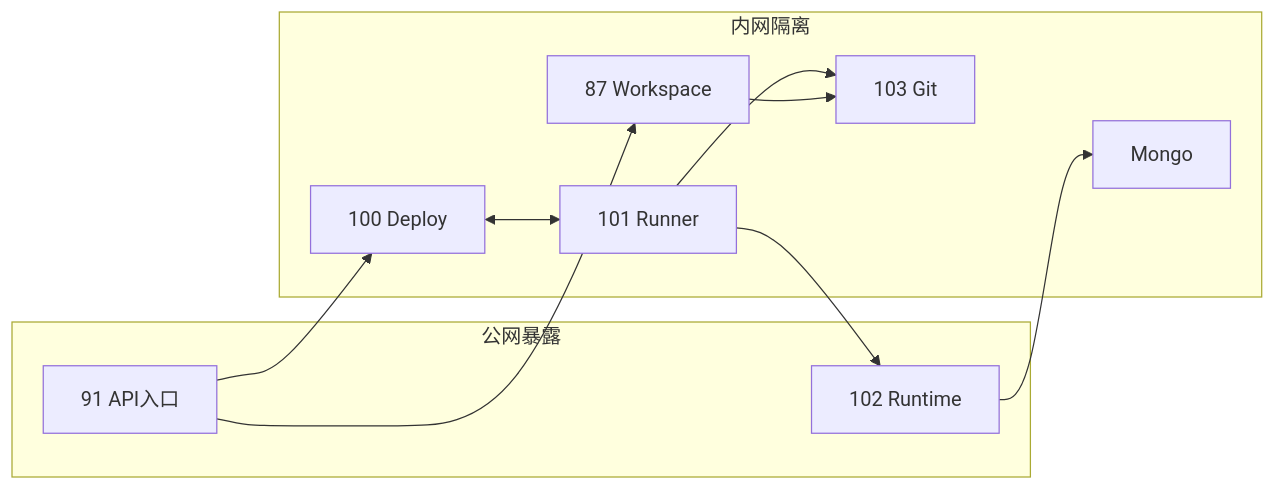
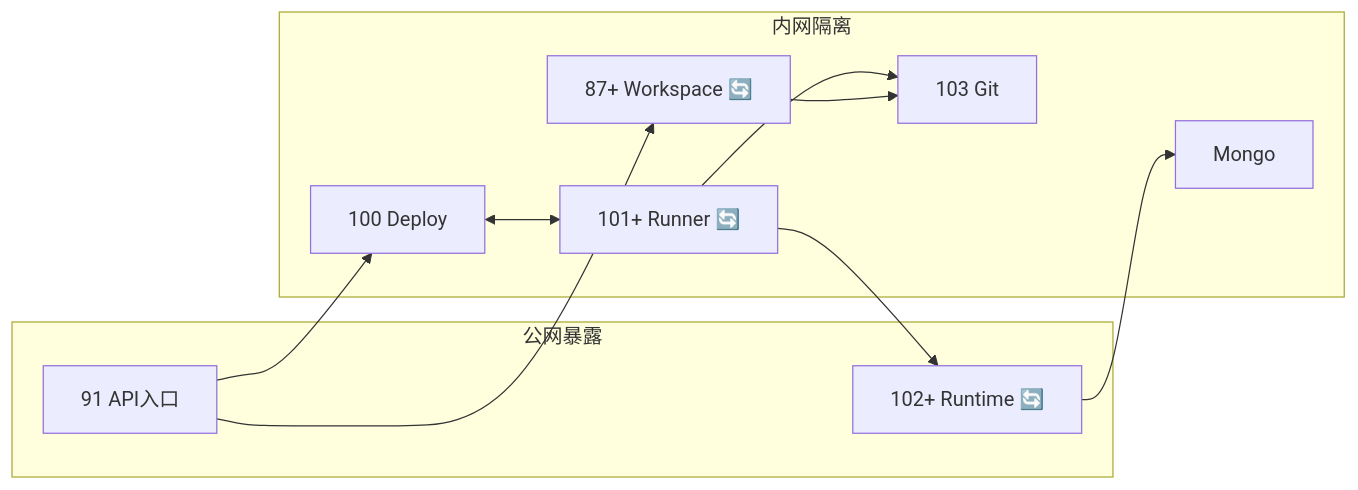
The fourth of 4 diagrams in src/main/resources/doc/domains/architecture/README.md (ruiAndroid/fun-ai-studio-api), drawn with Mermaid before and after one commit. The commit also changed other lines of this file and 6 other files, not shown here.

````diff
--- a/src/main/resources/doc/domains/architecture/README.md
+++ b/src/main/resources/doc/domains/architecture/README.md
@@ -206,23 +208,23 @@
 ```mermaid
 flowchart LR
     subgraph Public["公网暴露"]
         P91["91 API入口"]
-        P102["102 Runtime"]
+        P102["102+ Runtime 🔄"]
     end
 
     subgraph Private["内网隔离"]
-        S87["87 Workspace"]
+        S87["87+ Workspace 🔄"]
         S100["100 Deploy"]
-        S101["101 Runner"]
+        S101["101+ Runner 🔄"]
         S103["103 Git"]
         SMongo["Mongo"]
     end
 
     P91 --> S87
     P91 --> S100
     S100 <--> S101
     S101 --> S103
     S101 --> P102
     P102 --> SMongo
     S87 --> S103
 ```
````
